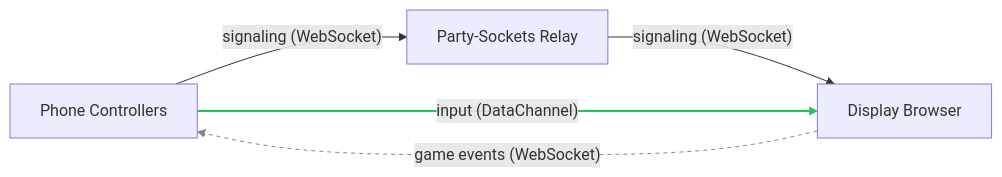
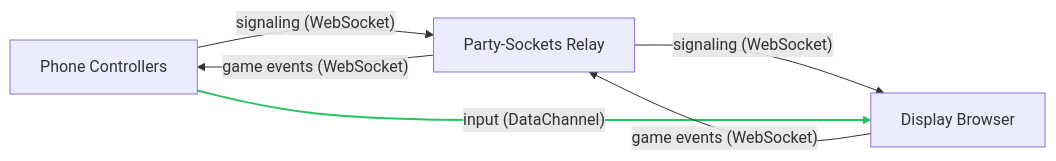
One commit to tim4724/HexStacker-Party changed the diagram in README.md. Above: the diagram before and after it, drawn with Mermaid.

Commit message:
docs(readme): route game events through relay in diagram

````diff
--- a/README.md
+++ b/README.md
@@ -17,9 +17,9 @@
 ```mermaid
 graph LR
     P[Phone Controllers] -- "signaling (WebSocket)" --> R[Party-Sockets Relay]
     R -- "signaling (WebSocket)" --> D[Display Browser]
     P -- "input (DataChannel)" --> D
-    D -- "game events (WebSocket)" --> P
+    D -- "game events (WebSocket)" --> R
+    R -- "game events (WebSocket)" --> P
     linkStyle 2 stroke:#22c55e,stroke-width:2px
-    linkStyle 3 stroke:#888,stroke-dasharray:4
 ```
````
